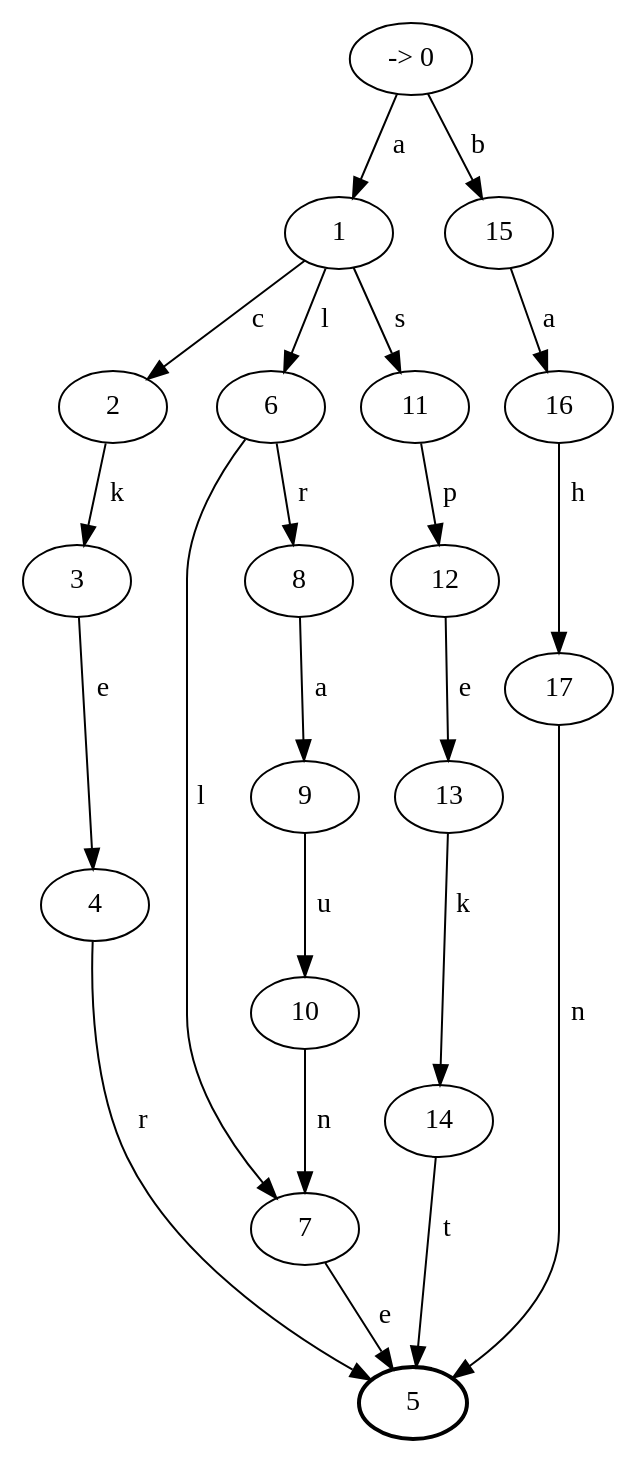
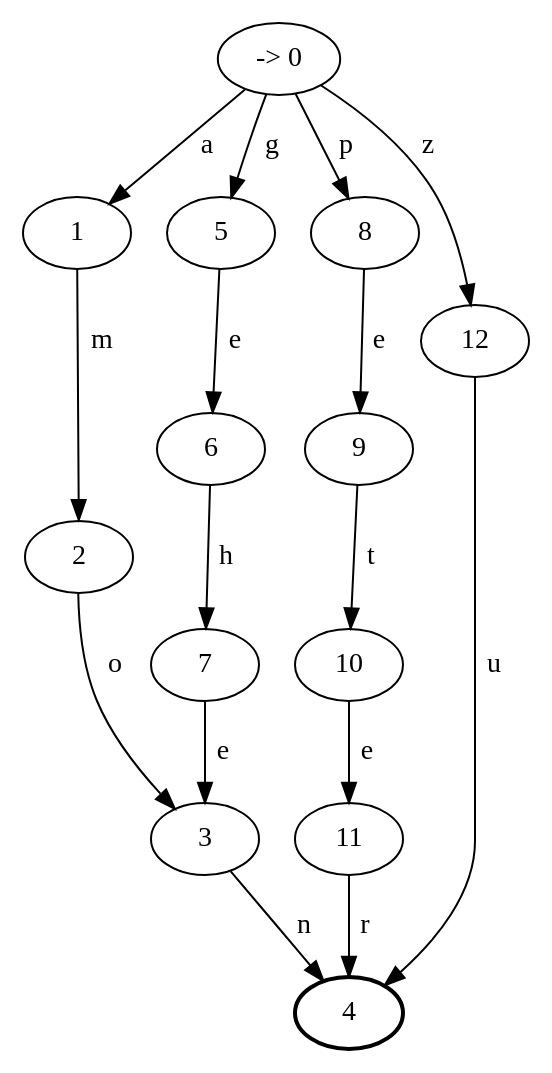
Before and after one commit to amonsoes/minimal-lexicon-automaton: the diagram in Automaton.gv, drawn with Graphviz. The commit also changed 3 other files, not shown here.

```diff
--- a/Automaton.gv
+++ b/Automaton.gv
@@ -1,60 +1,44 @@
 digraph Automaton {
 	0 [label="-> 0"]
 	node [style=solid]
 	1
 	node [style=solid]
 	2
 	node [style=solid]
 	3
 	node [style=solid]
+	node [style=bold]
 	4
 	node [style=solid]
-	node [style=bold]
 	5
 	node [style=solid]
 	6
 	node [style=solid]
 	7
 	node [style=solid]
 	8
 	node [style=solid]
 	9
 	node [style=solid]
 	10
 	node [style=solid]
 	11
 	node [style=solid]
 	12
 	node [style=solid]
-	13
-	node [style=solid]
-	14
-	node [style=solid]
-	15
-	node [style=solid]
-	16
-	node [style=solid]
-	17
-	node [style=solid]
 	0 -> 1 [label=" a "]
-	0 -> 15 [label=" b "]
-	1 -> 2 [label=" c "]
-	1 -> 6 [label=" l "]
-	1 -> 11 [label=" s "]
-	2 -> 3 [label=" k "]
-	3 -> 4 [label=" e "]
-	4 -> 5 [label=" r "]
-	6 -> 7 [label=" l "]
-	6 -> 8 [label=" r "]
-	7 -> 5 [label=" e "]
-	8 -> 9 [label=" a "]
-	9 -> 10 [label=" u "]
-	10 -> 7 [label=" n "]
-	11 -> 12 [label=" p "]
-	12 -> 13 [label=" e "]
-	13 -> 14 [label=" k "]
-	14 -> 5 [label=" t "]
-	15 -> 16 [label=" a "]
-	16 -> 17 [label=" h "]
-	17 -> 5 [label=" n "]
+	0 -> 5 [label=" g "]
+	0 -> 8 [label=" p "]
+	0 -> 12 [label=" z "]
+	1 -> 2 [label=" m "]
+	2 -> 3 [label=" o "]
+	3 -> 4 [label=" n "]
+	5 -> 6 [label=" e "]
+	6 -> 7 [label=" h "]
+	7 -> 3 [label=" e "]
+	8 -> 9 [label=" e "]
+	9 -> 10 [label=" t "]
+	10 -> 11 [label=" e "]
+	11 -> 4 [label=" r "]
+	12 -> 4 [label=" u "]
 }
```
